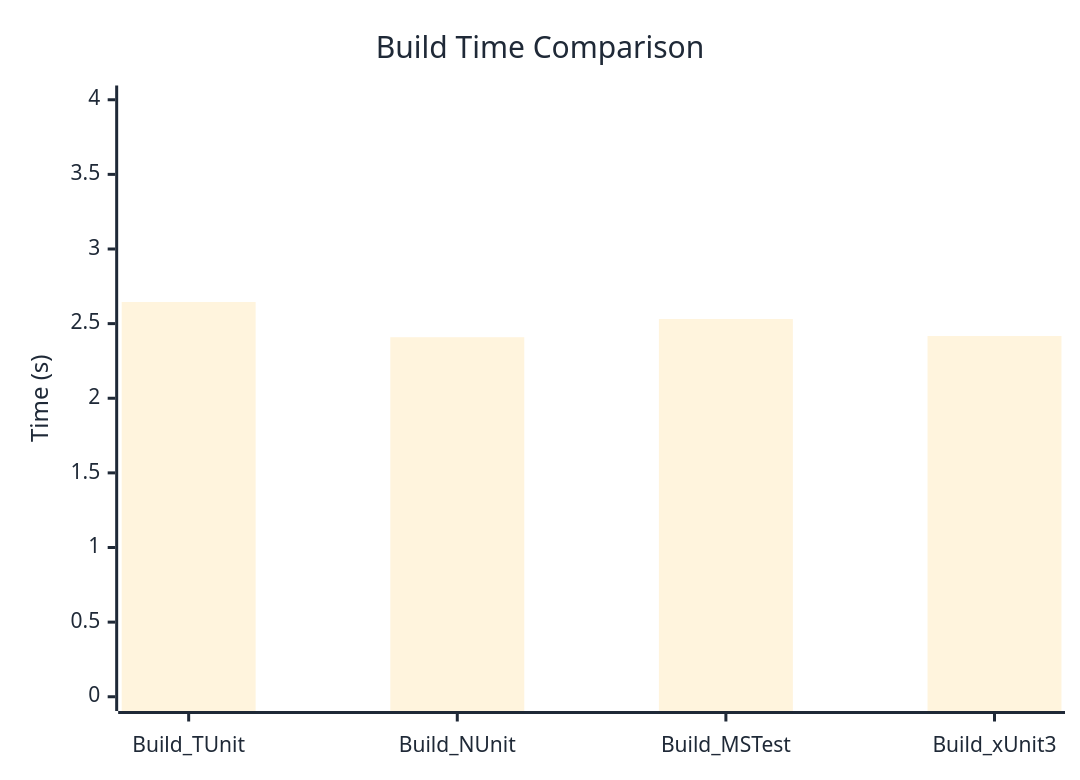
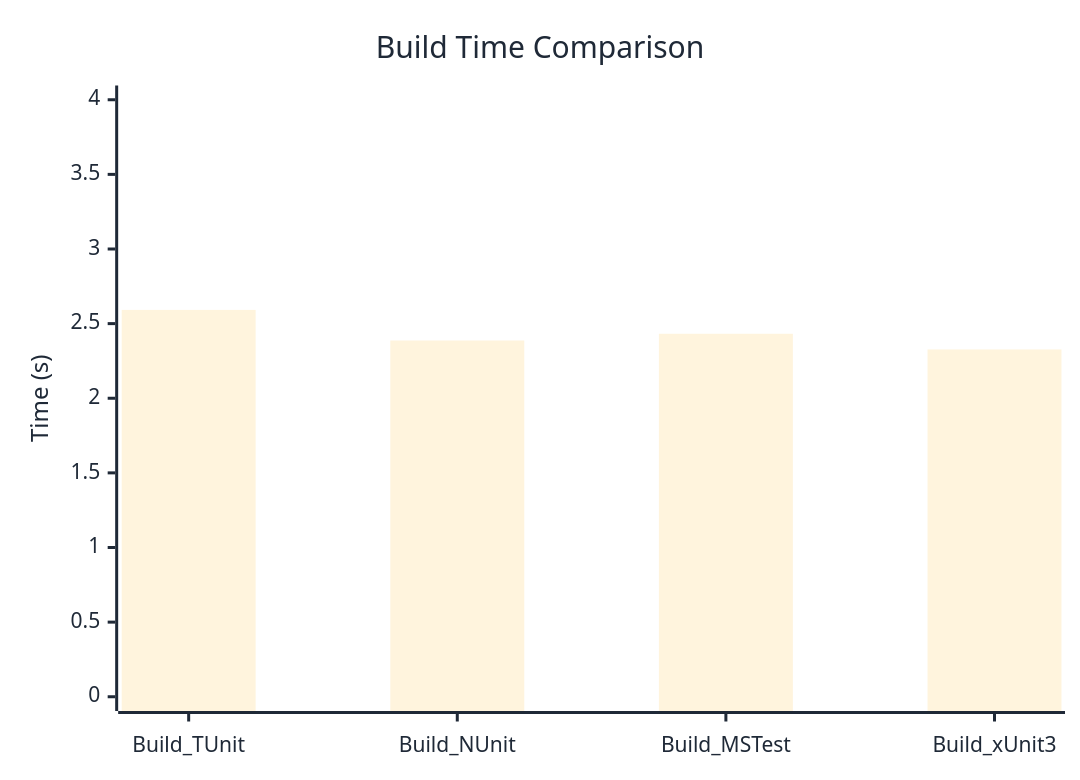
Before and after one commit to thomhurst/TUnit: the diagram in docs/docs/benchmarks/BuildTime.md, drawn with Mermaid. The commit also changed other lines of this file and 17 other files, not shown here.

````diff
--- a/docs/docs/benchmarks/BuildTime.md
+++ b/docs/docs/benchmarks/BuildTime.md
@@ -28,37 +28,37 @@
 ```mermaid
 %%{init: {
   'theme':'base',
   'themeVariables': {
     'primaryColor': '#2563eb',
     'primaryTextColor': '#1f2937',
     'primaryBorderColor': '#1e40af',
     'lineColor': '#6b7280',
     'secondaryColor': '#7c3aed',
     'tertiaryColor': '#dc2626',
     'background': '#ffffff',
     'mainBkg': '#2563eb',
     'secondBkg': '#7c3aed',
     'tertiaryBkg': '#dc2626',
     'clusterBkg': '#f3f4f6',
     'edgeLabelBackground': '#ffffff',
     'tertiaryTextColor': '#1f2937',
     'pie1': '#2563eb',
     'pie2': '#7c3aed',
     'pie3': '#dc2626',
     'pie4': '#f59e0b',
     'pie5': '#10b981',
     'pie6': '#06b6d4',
     'pie7': '#ec4899',
     'pie8': '#6366f1',
     'pie9': '#84cc16',
     'pie10': '#f97316',
     'pie11': '#14b8a6',
     'pie12': '#a855f7'
   }
 }}%%
 xychart-beta
   title "Build Time Comparison"
   x-axis ["Build_TUnit", "Build_NUnit", "Build_MSTest", "Build_xUnit3"]
   y-axis "Time (s)" 0 --> 4
-  bar [2.645, 2.409, 2.531, 2.417]
+  bar [2.592, 2.387, 2.432, 2.327]
 ```
````
